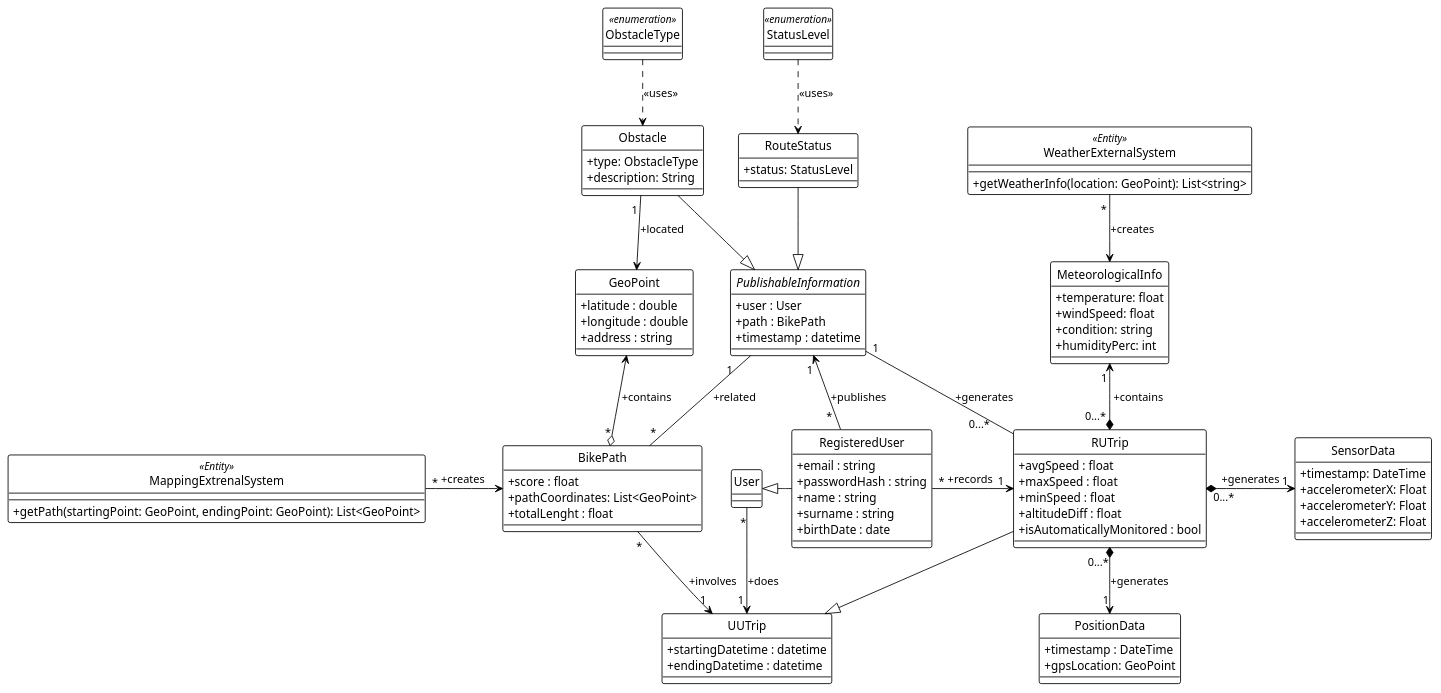
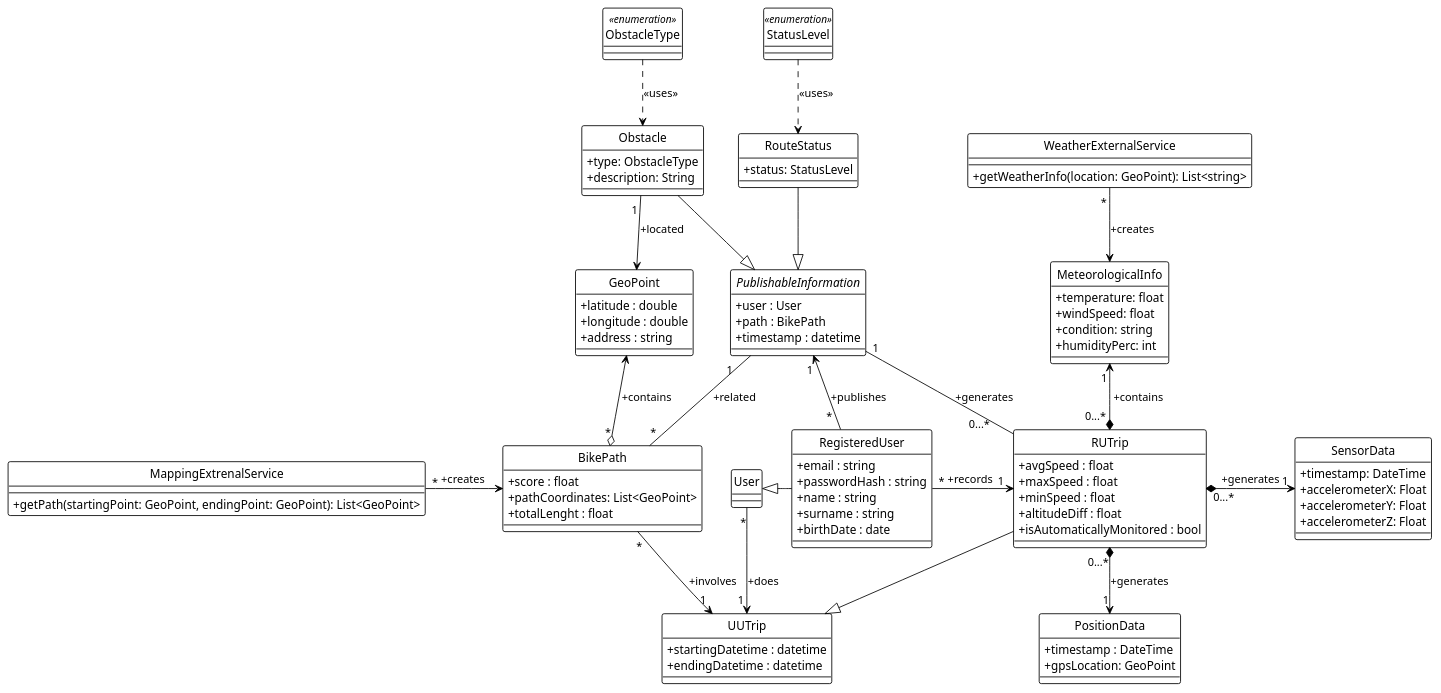
One commit to Guflie/PoliMi-SWE2-RDD-project changed the diagram in diagrams/class_diagram.puml. Above: the diagram before and after it, drawn with PlantUML. The commit also changed 1 other file, not shown here.

Commit message:
[RASD] Small Domain Class Diagram fix

```diff
--- a/diagrams/class_diagram.puml
+++ b/diagrams/class_diagram.puml
@@ -1,133 +1,133 @@
-@startuml domain_class_diagram
+@startuml domain_class_diagram_v2
 !theme plain
 
 ' switch to std UML notation for visibility
 skinparam classAttributeIconSize 0
 
 
 hide circle
 
 ' --- Abstract Class ---
 abstract class "PublishableInformation" as pi {
 + user : User
 + path : BikePath
 + timestamp : datetime 
 }
 
 ' --- Enumerations ---
 ' I dont' know if giving this effort on classifyng the cases is woth or not
 enum "ObstacleType" as ot << enumeration >> { }
 
 ' Same thing as before
 enum "StatusLevel" as sl << enumeration >> { }
 
 ' --- Classes ---
 class "GeoPoint" as gp {
 + latitude : double
 + longitude : double
 + address : string
 }
 
 class "User" as u { }
 
 class "RegisteredUser" as ru {
 + email : string
 + passwordHash : string
 + name : string
 + surname : string
 + birthDate : date
 }
 
 class "RUTrip" as rut {
 + avgSpeed : float
 + maxSpeed : float
 + minSpeed : float
 + altitudeDiff : float
 + isAutomaticallyMonitored : bool
 }
 
 class "UUTrip" as ut {
 + startingDatetime : datetime
 + endingDatetime : datetime
 }
 
 class "MeteorologicalInfo" as mi {
 + temperature: float 
 + windSpeed: float
 + condition: string
 + humidityPerc: int
 }
 
 class "SensorData" as sd {
 + timestamp: DateTime
 + accelerometerX: Float
 + accelerometerY: Float
 + accelerometerZ: Float
 }
 
 class "PositionData" as pd {
 +timestamp : DateTime
 + gpsLocation: GeoPoint
 }
 
 class "BikePath" as bp {
 + score : float
 + pathCoordinates: List<GeoPoint>
 + totalLenght : float
 }
 
 class "Obstacle" as o {
 + type: ObstacleType
 + description: String
 }
 
 class "RouteStatus" as rs {
 + status: StatusLevel
 }
 
-entity "MappingExtrenalSystem" as ms << Entity >>{
+entity "MappingExtrenalService" as ms {
 + getPath(startingPoint: GeoPoint, endingPoint: GeoPoint): List<GeoPoint>
 }
 
-entity "WeatherExternalSystem" as ws << Entity >> {
+entity "WeatherExternalService" as ws {
 + getWeatherInfo(location: GeoPoint): List<string>
 }
 
 ' --- Relationships ---
 ' Following relationships are listed in this way in order to make the diagram clearer
 
 ms "*" ->  bp : "+creates "
 
 
 bp "*" --> " 1" ut : "+involves "
 
 rut --|> ut
 
 u "*" --> "1 " ut : "+does"
 
 ru "*" -> "1 " rut : "+records  "
 
 u <|- ru
 
 pi "1    " -- "*" bp : "+related"
 
 pi "1" -- "0...*      " rut : "+generates"
 
 gp <--o "*" bp : "+contains"
 
 rs --|> pi
 o --|> pi
 
 sl ..> rs : <<uses>>
 ot ..> o : <<uses>>
 
 o "1 " --> gp : "+located"
 
 pi "1 " <-- " *  " ru : "+publishes"
 
 mi "1 " <--* "0...* " rut : " +contains"
 ws " * " --> mi : "+creates"
 rut "0...*" *-> "  1" sd : "+generates"
 rut "0...*" *--> "  1" pd : "+generates"
 
 @enduml
```
